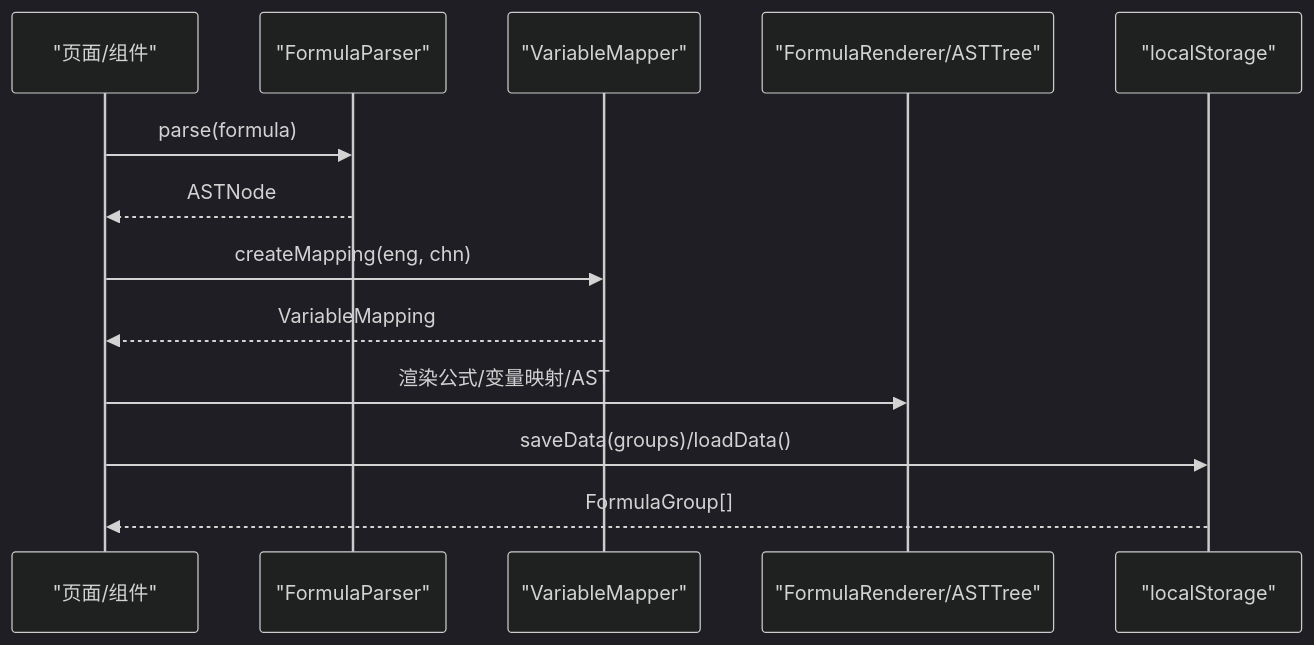
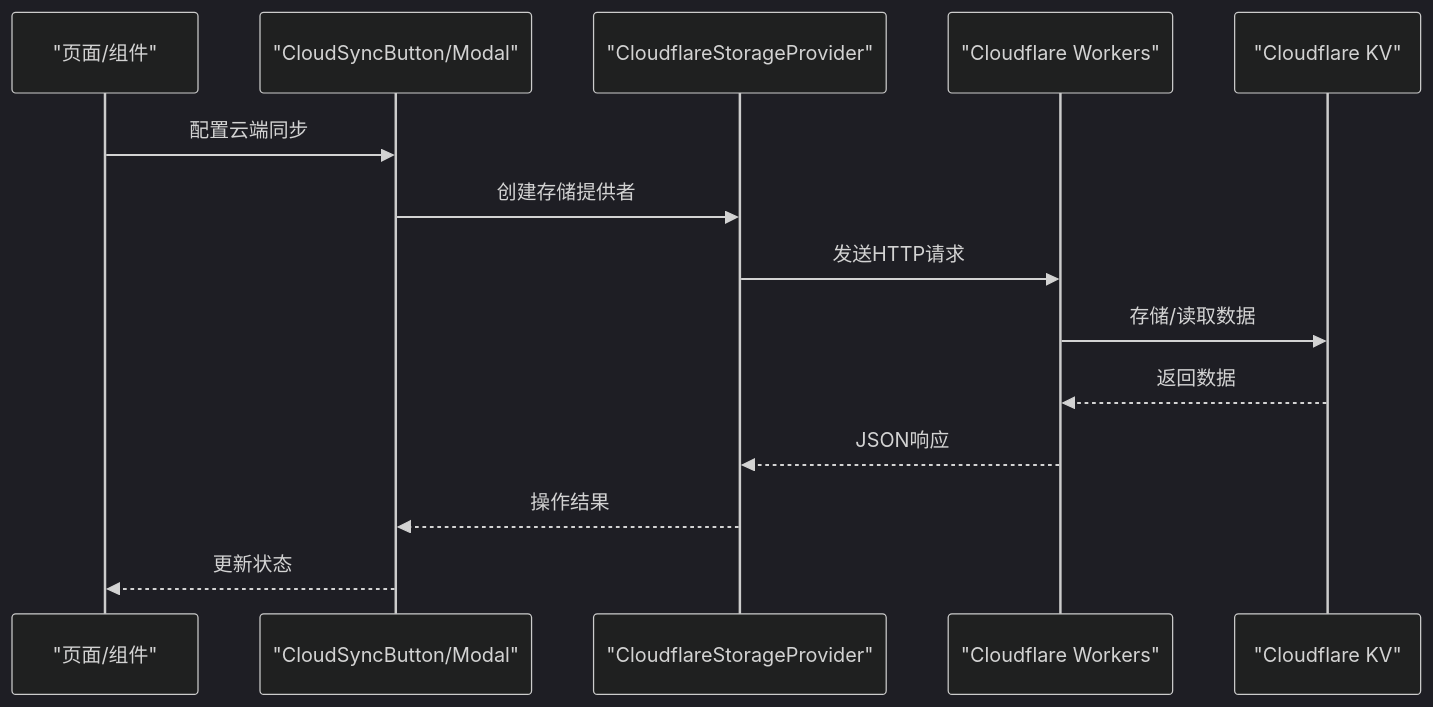
One commit to steveyu2/formula-mapper changed the second of 5 diagrams in .qoder/repowiki/zh/content/API参考/API参考.md. Above: the diagram before and after it, drawn with Mermaid (dark theme). The commit also changed other lines of this file and 7 other files, not shown here.

````diff
--- a/.qoder/repowiki/zh/content/API参考/API参考.md
+++ b/.qoder/repowiki/zh/content/API参考/API参考.md
@@ -136,15 +170,16 @@
 ```mermaid
 sequenceDiagram
 participant UI as "页面/组件"
-participant Parser as "FormulaParser"
-participant Mapper as "VariableMapper"
-participant Renderer as "FormulaRenderer/ASTTree"
-participant Storage as "localStorage"
-UI->>Parser : parse(formula)
-Parser-->>UI : ASTNode
-UI->>Mapper : createMapping(eng, chn)
-Mapper-->>UI : VariableMapping
-UI->>Renderer : 渲染公式/变量映射/AST
-UI->>Storage : saveData(groups)/loadData()
-Storage-->>UI : FormulaGroup[]
+participant CloudSync as "CloudSyncButton/Modal"
+participant Provider as "CloudflareStorageProvider"
+participant Worker as "Cloudflare Workers"
+participant KV as "Cloudflare KV"
+UI->>CloudSync : 配置云端同步
+CloudSync->>Provider : 创建存储提供者
+Provider->>Worker : 发送HTTP请求
+Worker->>KV : 存储/读取数据
+KV-->>Worker : 返回数据
+Worker-->>Provider : JSON响应
+Provider-->>CloudSync : 操作结果
+CloudSync-->>UI : 更新状态
 ```
````
